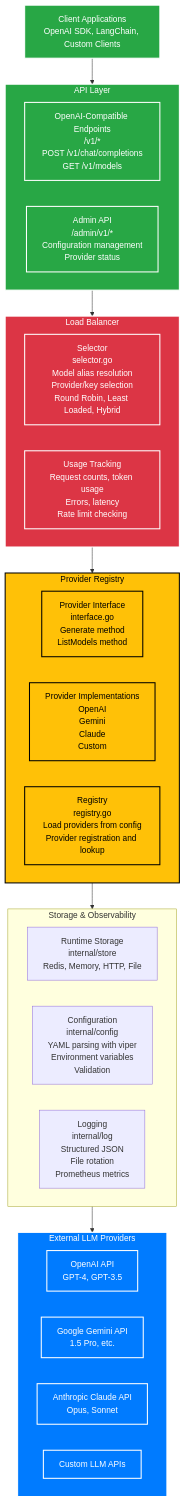
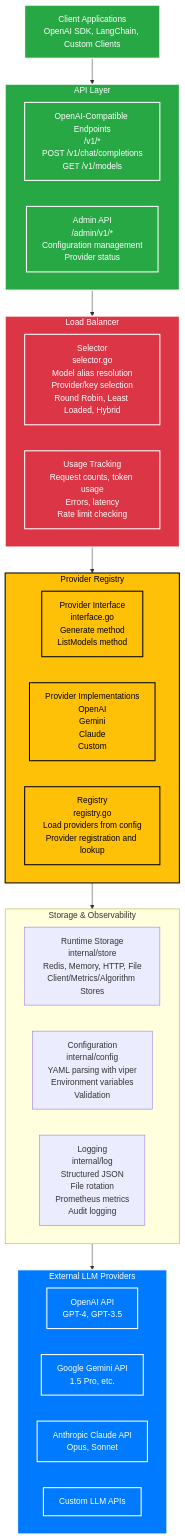
One commit to COO-LLM/coo-llm-main changed the second of 2 diagrams in docs/content/Intro/Architecture.md. Above: the diagram before and after it, drawn with Mermaid. The commit also changed other lines of this file and 184 other files, not shown here.

````diff
--- a/docs/content/Intro/Architecture.md
+++ b/docs/content/Intro/Architecture.md
@@ -24,48 +24,48 @@
 ```mermaid
 flowchart TD
     classDef client fill:#28a745,color:#fff,stroke:#fff,stroke-width:2px
     classDef api fill:#28a745,color:#fff,stroke:#fff,stroke-width:2px
     classDef balancer fill:#dc3545,color:#fff,stroke:#fff,stroke-width:2px
     classDef provider fill:#ffc107,color:#000,stroke:#000,stroke-width:2px
     classDef external fill:#007bff,color:#fff,stroke:#fff,stroke-width:2px
 
     A[Client Applications<br/>OpenAI SDK, LangChain, Custom Clients]:::client
     A --> B[API Layer<br/>internal/api]:::api
 
     subgraph B["API Layer  <internal/api >"]
         B1[OpenAI-Compatible Endpoints<br/>/v1/*<br/>POST /v1/chat/completions<br/>GET /v1/models]:::api
         B2[Admin API<br/>/admin/v1/*<br/>Configuration management<br/>Provider status]:::api
     end
 
     B --> C[Load Balancer<br/>internal/balancer]:::balancer
 
     subgraph C["Load Balancer  <internal/balancer >"]
         C1[Selector<br/>selector.go<br/>Model alias resolution<br/>Provider/key selection<br/>Round Robin, Least Loaded, Hybrid]:::balancer
         C2[Usage Tracking<br/>Request counts, token usage<br/>Errors, latency<br/>Rate limit checking]:::balancer
     end
 
     C --> D[Provider Registry<br/>internal/provider]:::provider
 
     subgraph D["Provider Registry  <internal/provider >"]
         D1[Provider Interface<br/>interface.go<br/>Generate<ctx, req> method<br/>ListModels <ctx > method]:::provider
         D2[Provider Implementations<br/>OpenAI  <openai.go ><br/>Gemini  <gemini.go ><br/>Claude  <claude.go ><br/>Custom  <custom.go >]:::provider
         D3[Registry<br/>registry.go<br/>Load providers from config<br/>Provider registration and lookup]:::provider
     end
 
     D --> E[Storage & Observability]:::storage
 
-    subgraph E["Storage & Observability"]
-        E1[Runtime Storage<br/>internal/store<br/>Redis, Memory, HTTP, File]:::storage
-        E2[Configuration<br/>internal/config<br/>YAML parsing with viper<br/>Environment variables<br/>Validation]:::storage
-        E3[Logging<br/>internal/log<br/>Structured JSON  <Zerolog ><br/>File rotation<br/>Prometheus metrics]:::storage
-    end
+     subgraph E["Storage & Observability"]
+         E1[Runtime Storage<br/>internal/store<br/>Redis, Memory, HTTP, File<br/>Client/Metrics/Algorithm Stores]:::storage
+         E2[Configuration<br/>internal/config<br/>YAML parsing with viper<br/>Environment variables<br/>Validation]:::storage
+         E3[Logging<br/>internal/log<br/>Structured JSON  <Zerolog ><br/>File rotation<br/>Prometheus metrics<br/>Audit logging]:::storage
+     end
 
     E --> F[External LLM Providers]:::external
 
     subgraph F["External LLM Providers"]
         F1[OpenAI API<br/>GPT-4, GPT-3.5]:::external
         F2[Google Gemini API<br/>1.5 Pro, etc.]:::external
         F3[Anthropic Claude API<br/>Opus, Sonnet]:::external
         F4[Custom LLM APIs]:::external
     end
 ```
````
